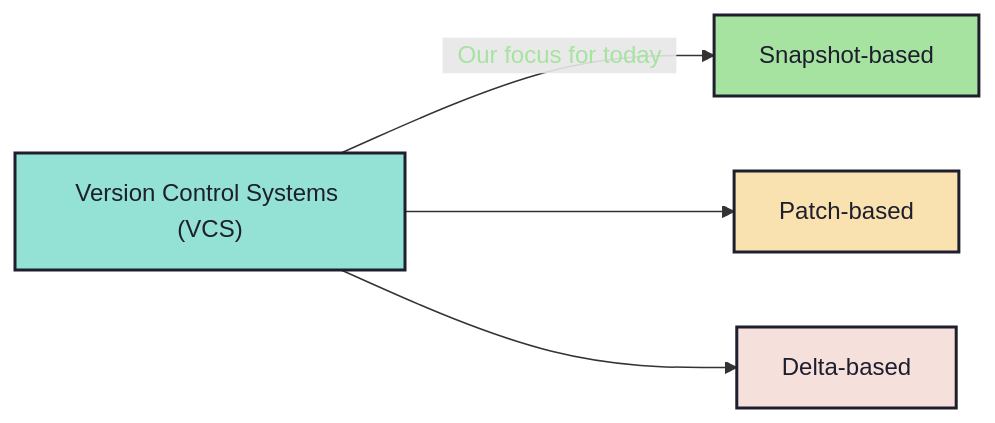
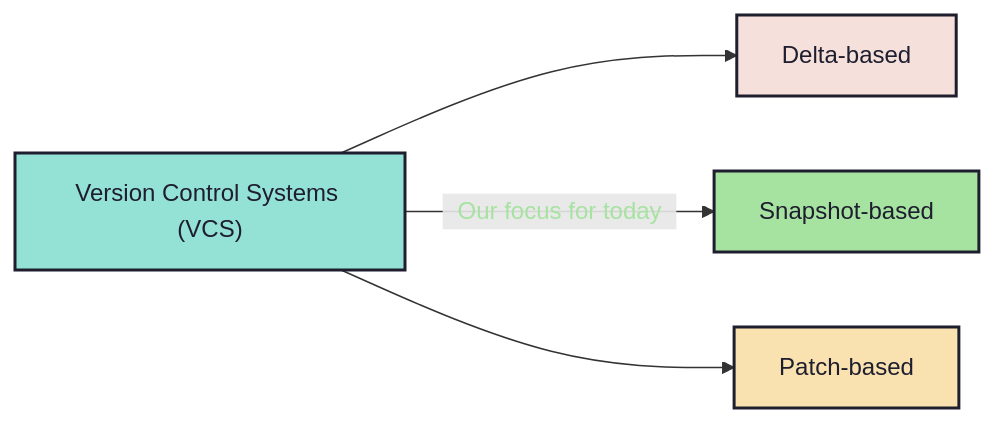
The diagram in src/chapters/1_2_c.md (gdg-on-campus-adtu/OE2025-001), drawn with Mermaid before and after one commit. The commit also changed other lines of this file and 12 other files, not shown here.

````diff
--- a/src/chapters/1_2_c.md
+++ b/src/chapters/1_2_c.md
@@ -9,11 +9,11 @@
 ```mermaid +render
 flowchart LR
+  VCS --> DELTA["Delta-based"]
   VCS["Version Control Systems (VCS)"] --> |<span style="padding:10px;color:#a6e3a1;">Our focus for today</span>| SNAPSHOT["Snapshot-based"]
   VCS --> PATCH["Patch-based"]
-  VCS --> DELTA["Delta-based"]
 
   style VCS fill:#94e2d5,stroke:#1e1e2e,stroke-width:2px,color:#1e1e2e
   style SNAPSHOT fill:#a6e3a1,stroke:#1e1e2e,stroke-width:2px,color:#1e1e2e
   style PATCH fill:#f9e2af,stroke:#1e1e2e,stroke-width:2px,color:#1e1e2e
   style DELTA fill:#f5e0dc,stroke:#1e1e2e,stroke-width:2px,color:#1e1e2e
 ```
````
